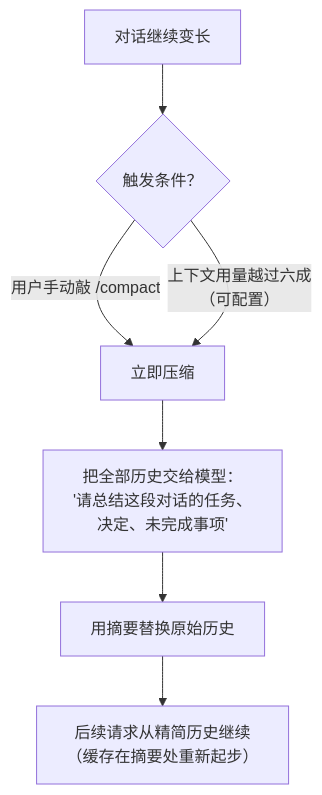
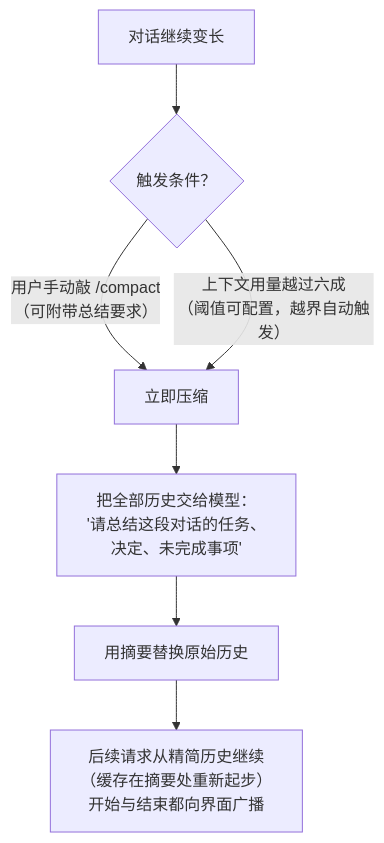
The tenth of 16 diagrams in docs/agent-architecture.md (Bronya0/ally-agent), drawn with Mermaid before and after one commit. The commit also changed other lines of this file, not shown here.

First line of the commit message:
docs: deepen architecture guide with missing chapters and technical detail

````diff
--- a/docs/agent-architecture.md
+++ b/docs/agent-architecture.md
@@ -315,9 +493,9 @@
 ```mermaid
 flowchart TD
     A["对话继续变长"] --> B{"触发条件？"}
-    B -->|"用户手动敲 /compact"| C["立即压缩"]
-    B -->|"上下文用量越过六成<br/>（可配置）"| C
+    B -->|"用户手动敲 /compact<br/>（可附带总结要求）"| C["立即压缩"]
+    B -->|"上下文用量越过六成<br/>（阈值可配置，越界自动触发）"| C
     C --> D["把全部历史交给模型：<br/>'请总结这段对话的任务、<br/>决定、未完成事项'"]
     D --> E["用摘要替换原始历史"]
-    E --> F["后续请求从精简历史继续<br/>（缓存在摘要处重新起步）"]
+    E --> F["后续请求从精简历史继续<br/>（缓存在摘要处重新起步）<br/>开始与结束都向界面广播"]
 ```
````
